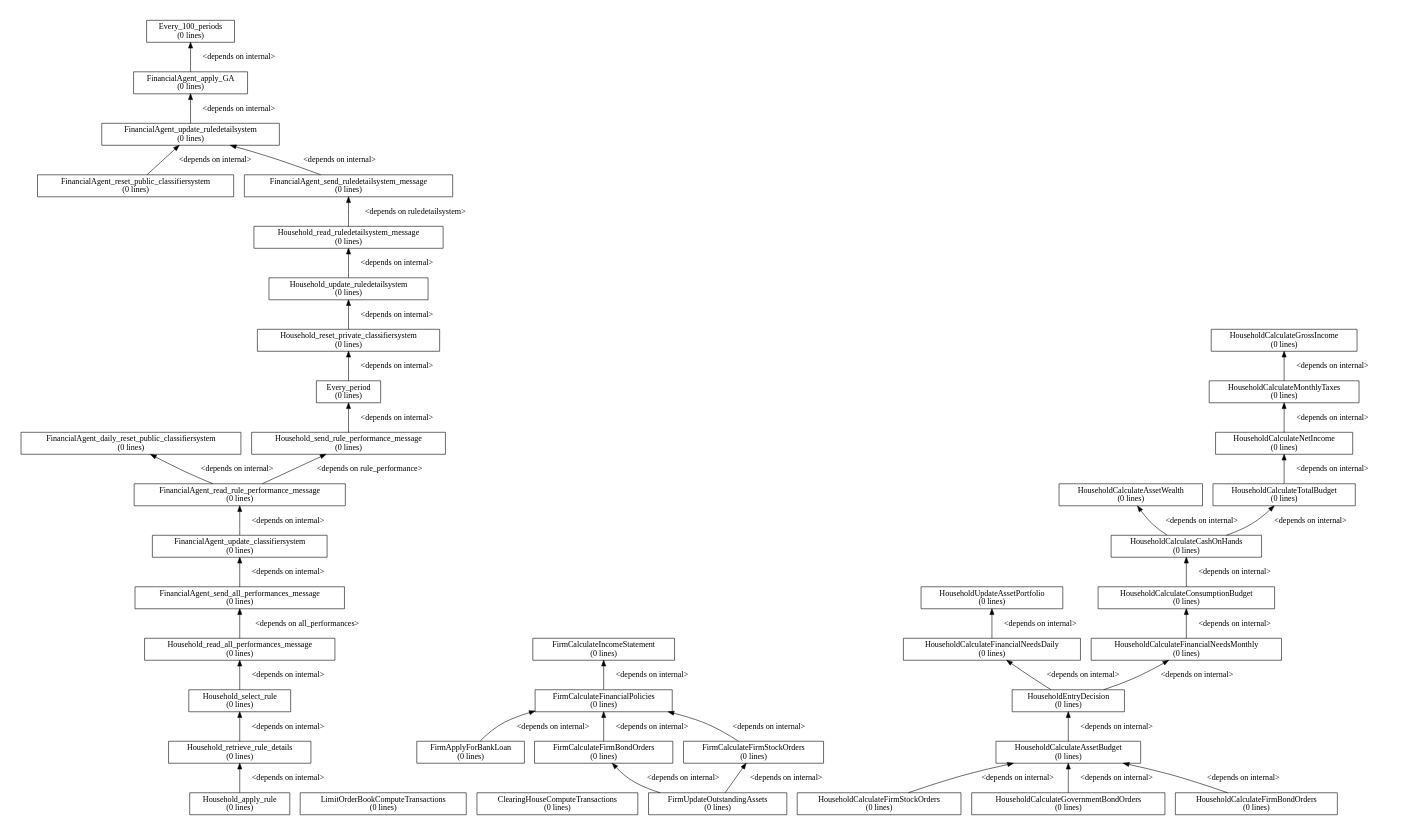
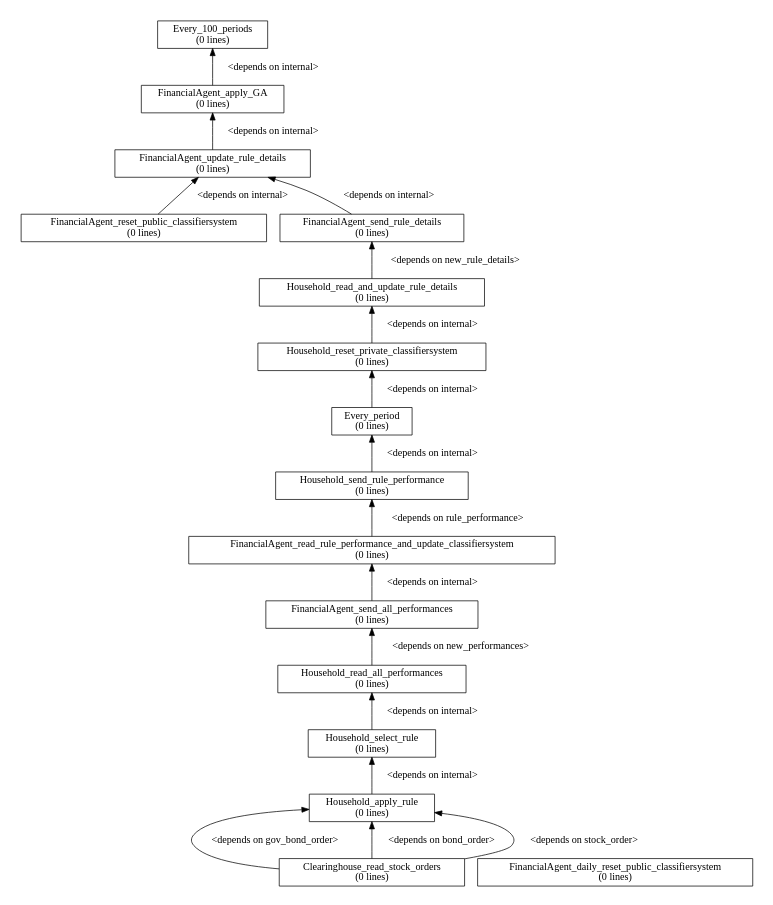
The diagram in models/AFM/afm_branches/initial/ewa_learning/dgraph.dot (ETACE/EURACE), drawn with Graphviz before and after one commit. The commit also changed 32 other files, not shown here.

```diff
--- a/models/AFM/afm_branches/initial/ewa_learning/dgraph.dot
+++ b/models/AFM/afm_branches/initial/ewa_learning/dgraph.dot
@@ -1,87 +1,41 @@
 digraph dependency_graph {
 	rankdir=BT;
-	size="8,5"
+	size="8,5;"
 	node [shape = rect];
 	
 	/* Functions */
-	FinancialAgent_send_ruledetailsystem_message[height = 0.000000, label = "FinancialAgent_send_ruledetailsystem_message\n(0 lines)"]
+	FinancialAgent_send_rule_details[height = 0.000000, label = "FinancialAgent_send_rule_details\n(0 lines)"]
 	FinancialAgent_reset_public_classifiersystem[height = 0.000000, label = "FinancialAgent_reset_public_classifiersystem\n(0 lines)"]
-	FinancialAgent_update_ruledetailsystem[height = 0.000000, label = "FinancialAgent_update_ruledetailsystem\n(0 lines)"]
+	FinancialAgent_update_rule_details[height = 0.000000, label = "FinancialAgent_update_rule_details\n(0 lines)"]
 	FinancialAgent_apply_GA[height = 0.000000, label = "FinancialAgent_apply_GA\n(0 lines)"]
 	Every_100_periods[height = 0.000000, label = "Every_100_periods\n(0 lines)"]
-	FinancialAgent_send_all_performances_message[height = 0.000000, label = "FinancialAgent_send_all_performances_message\n(0 lines)"]
-	FinancialAgent_update_classifiersystem[height = 0.000000, label = "FinancialAgent_update_classifiersystem\n(0 lines)"]
-	FinancialAgent_read_rule_performance_message[height = 0.000000, label = "FinancialAgent_read_rule_performance_message\n(0 lines)"]
+	FinancialAgent_send_all_performances[height = 0.000000, label = "FinancialAgent_send_all_performances\n(0 lines)"]
+	FinancialAgent_read_rule_performance_and_update_classifiersystem[height = 0.000000, label = "FinancialAgent_read_rule_performance_and_update_classifiersystem\n(0 lines)"]
 	FinancialAgent_daily_reset_public_classifiersystem[height = 0.000000, label = "FinancialAgent_daily_reset_public_classifiersystem\n(0 lines)"]
-	LimitOrderBookComputeTransactions[height = 0.000000, label = "LimitOrderBookComputeTransactions\n(0 lines)"]
-	ClearingHouseComputeTransactions[height = 0.000000, label = "ClearingHouseComputeTransactions\n(0 lines)"]
-	FirmApplyForBankLoan[height = 0.000000, label = "FirmApplyForBankLoan\n(0 lines)"]
-	FirmUpdateOutstandingAssets[height = 0.000000, label = "FirmUpdateOutstandingAssets\n(0 lines)"]
-	FirmCalculateFirmBondOrders[height = 0.000000, label = "FirmCalculateFirmBondOrders\n(0 lines)"]
-	FirmCalculateFirmStockOrders[height = 0.000000, label = "FirmCalculateFirmStockOrders\n(0 lines)"]
-	FirmCalculateFinancialPolicies[height = 0.000000, label = "FirmCalculateFinancialPolicies\n(0 lines)"]
-	FirmCalculateIncomeStatement[height = 0.000000, label = "FirmCalculateIncomeStatement\n(0 lines)"]
+	Clearinghouse_read_stock_orders[height = 0.000000, label = "Clearinghouse_read_stock_orders\n(0 lines)"]
 	Household_reset_private_classifiersystem[height = 0.000000, label = "Household_reset_private_classifiersystem\n(0 lines)"]
-	Household_update_ruledetailsystem[height = 0.000000, label = "Household_update_ruledetailsystem\n(0 lines)"]
-	Household_read_ruledetailsystem_message[height = 0.000000, label = "Household_read_ruledetailsystem_message\n(0 lines)"]
+	Household_read_and_update_rule_details[height = 0.000000, label = "Household_read_and_update_rule_details\n(0 lines)"]
 	Household_apply_rule[height = 0.000000, label = "Household_apply_rule\n(0 lines)"]
-	Household_retrieve_rule_details[height = 0.000000, label = "Household_retrieve_rule_details\n(0 lines)"]
 	Household_select_rule[height = 0.000000, label = "Household_select_rule\n(0 lines)"]
-	Household_read_all_performances_message[height = 0.000000, label = "Household_read_all_performances_message\n(0 lines)"]
-	Household_send_rule_performance_message[height = 0.000000, label = "Household_send_rule_performance_message\n(0 lines)"]
+	Household_read_all_performances[height = 0.000000, label = "Household_read_all_performances\n(0 lines)"]
+	Household_send_rule_performance[height = 0.000000, label = "Household_send_rule_performance\n(0 lines)"]
 	Every_period[height = 0.000000, label = "Every_period\n(0 lines)"]
-	HouseholdCalculateFirmStockOrders[height = 0.000000, label = "HouseholdCalculateFirmStockOrders\n(0 lines)"]
-	HouseholdCalculateGovernmentBondOrders[height = 0.000000, label = "HouseholdCalculateGovernmentBondOrders\n(0 lines)"]
-	HouseholdCalculateFirmBondOrders[height = 0.000000, label = "HouseholdCalculateFirmBondOrders\n(0 lines)"]
-	HouseholdCalculateAssetBudget[height = 0.000000, label = "HouseholdCalculateAssetBudget\n(0 lines)"]
-	HouseholdEntryDecision[height = 0.000000, label = "HouseholdEntryDecision\n(0 lines)"]
-	HouseholdCalculateFinancialNeedsDaily[height = 0.000000, label = "HouseholdCalculateFinancialNeedsDaily\n(0 lines)"]
-	HouseholdUpdateAssetPortfolio[height = 0.000000, label = "HouseholdUpdateAssetPortfolio\n(0 lines)"]
-	HouseholdCalculateFinancialNeedsMonthly[height = 0.000000, label = "HouseholdCalculateFinancialNeedsMonthly\n(0 lines)"]
-	HouseholdCalculateConsumptionBudget[height = 0.000000, label = "HouseholdCalculateConsumptionBudget\n(0 lines)"]
-	HouseholdCalculateCashOnHands[height = 0.000000, label = "HouseholdCalculateCashOnHands\n(0 lines)"]
-	HouseholdCalculateAssetWealth[height = 0.000000, label = "HouseholdCalculateAssetWealth\n(0 lines)"]
-	HouseholdCalculateTotalBudget[height = 0.000000, label = "HouseholdCalculateTotalBudget\n(0 lines)"]
-	HouseholdCalculateNetIncome[height = 0.000000, label = "HouseholdCalculateNetIncome\n(0 lines)"]
-	HouseholdCalculateMonthlyTaxes[height = 0.000000, label = "HouseholdCalculateMonthlyTaxes\n(0 lines)"]
-	HouseholdCalculateGrossIncome[height = 0.000000, label = "HouseholdCalculateGrossIncome\n(0 lines)"]
 	
 	/* Dependencies */
-	FinancialAgent_send_ruledetailsystem_message -> FinancialAgent_update_ruledetailsystem [ label = "<depends on internal>" ];
-	FinancialAgent_reset_public_classifiersystem -> FinancialAgent_update_ruledetailsystem [ label = "<depends on internal>" ];
-	FinancialAgent_update_ruledetailsystem -> FinancialAgent_apply_GA [ label = "<depends on internal>" ];
+	FinancialAgent_send_rule_details -> FinancialAgent_update_rule_details [ label = "<depends on internal>" ];
+	FinancialAgent_reset_public_classifiersystem -> FinancialAgent_update_rule_details [ label = "<depends on internal>" ];
+	FinancialAgent_update_rule_details -> FinancialAgent_apply_GA [ label = "<depends on internal>" ];
 	FinancialAgent_apply_GA -> Every_100_periods [ label = "<depends on internal>" ];
-	FinancialAgent_send_all_performances_message -> FinancialAgent_update_classifiersystem [ label = "<depends on internal>" ];
-	FinancialAgent_update_classifiersystem -> FinancialAgent_read_rule_performance_message [ label = "<depends on internal>" ];
-	FinancialAgent_read_rule_performance_message -> Household_send_rule_performance_message [ label = "<depends on rule_performance>" ];
-	FinancialAgent_read_rule_performance_message -> FinancialAgent_daily_reset_public_classifiersystem [ label = "<depends on internal>" ];
-	FirmApplyForBankLoan -> FirmCalculateFinancialPolicies [ label = "<depends on internal>" ];
-	FirmUpdateOutstandingAssets -> FirmCalculateFirmBondOrders [ label = "<depends on internal>" ];
-	FirmUpdateOutstandingAssets -> FirmCalculateFirmStockOrders [ label = "<depends on internal>" ];
-	FirmCalculateFirmBondOrders -> FirmCalculateFinancialPolicies [ label = "<depends on internal>" ];
-	FirmCalculateFirmStockOrders -> FirmCalculateFinancialPolicies [ label = "<depends on internal>" ];
-	FirmCalculateFinancialPolicies -> FirmCalculateIncomeStatement [ label = "<depends on internal>" ];
-	Household_reset_private_classifiersystem -> Household_update_ruledetailsystem [ label = "<depends on internal>" ];
-	Household_update_ruledetailsystem -> Household_read_ruledetailsystem_message [ label = "<depends on internal>" ];
-	Household_read_ruledetailsystem_message -> FinancialAgent_send_ruledetailsystem_message [ label = "<depends on ruledetailsystem>" ];
-	Household_apply_rule -> Household_retrieve_rule_details [ label = "<depends on internal>" ];
-	Household_retrieve_rule_details -> Household_select_rule [ label = "<depends on internal>" ];
-	Household_select_rule -> Household_read_all_performances_message [ label = "<depends on internal>" ];
-	Household_read_all_performances_message -> FinancialAgent_send_all_performances_message [ label = "<depends on all_performances>" ];
-	Household_send_rule_performance_message -> Every_period [ label = "<depends on internal>" ];
+	FinancialAgent_send_all_performances -> FinancialAgent_read_rule_performance_and_update_classifiersystem [ label = "<depends on internal>" ];
+	FinancialAgent_read_rule_performance_and_update_classifiersystem -> Household_send_rule_performance [ label = "<depends on rule_performance>" ];
+	Clearinghouse_read_stock_orders -> Household_apply_rule [ label = "<depends on gov_bond_order>" ];
+	Clearinghouse_read_stock_orders -> Household_apply_rule [ label = "<depends on bond_order>" ];
+	Clearinghouse_read_stock_orders -> Household_apply_rule [ label = "<depends on stock_order>" ];
+	Household_reset_private_classifiersystem -> Household_read_and_update_rule_details [ label = "<depends on internal>" ];
+	Household_read_and_update_rule_details -> FinancialAgent_send_rule_details [ label = "<depends on new_rule_details>" ];
+	Household_apply_rule -> Household_select_rule [ label = "<depends on internal>" ];
+	Household_select_rule -> Household_read_all_performances [ label = "<depends on internal>" ];
+	Household_read_all_performances -> FinancialAgent_send_all_performances [ label = "<depends on new_performances>" ];
+	Household_send_rule_performance -> Every_period [ label = "<depends on internal>" ];
 	Every_period -> Household_reset_private_classifiersystem [ label = "<depends on internal>" ];
-	HouseholdCalculateFirmStockOrders -> HouseholdCalculateAssetBudget [ label = "<depends on internal>" ];
-	HouseholdCalculateGovernmentBondOrders -> HouseholdCalculateAssetBudget [ label = "<depends on internal>" ];
-	HouseholdCalculateFirmBondOrders -> HouseholdCalculateAssetBudget [ label = "<depends on internal>" ];
-	HouseholdCalculateAssetBudget -> HouseholdEntryDecision [ label = "<depends on internal>" ];
-	HouseholdEntryDecision -> HouseholdCalculateFinancialNeedsMonthly [ label = "<depends on internal>" ];
-	HouseholdEntryDecision -> HouseholdCalculateFinancialNeedsDaily [ label = "<depends on internal>" ];
-	HouseholdCalculateFinancialNeedsDaily -> HouseholdUpdateAssetPortfolio [ label = "<depends on internal>" ];
-	HouseholdCalculateFinancialNeedsMonthly -> HouseholdCalculateConsumptionBudget [ label = "<depends on internal>" ];
-	HouseholdCalculateConsumptionBudget -> HouseholdCalculateCashOnHands [ label = "<depends on internal>" ];
-	HouseholdCalculateCashOnHands -> HouseholdCalculateAssetWealth [ label = "<depends on internal>" ];
-	HouseholdCalculateCashOnHands -> HouseholdCalculateTotalBudget [ label = "<depends on internal>" ];
-	HouseholdCalculateTotalBudget -> HouseholdCalculateNetIncome [ label = "<depends on internal>" ];
-	HouseholdCalculateNetIncome -> HouseholdCalculateMonthlyTaxes [ label = "<depends on internal>" ];
-	HouseholdCalculateMonthlyTaxes -> HouseholdCalculateGrossIncome [ label = "<depends on internal>" ];
 }
```
